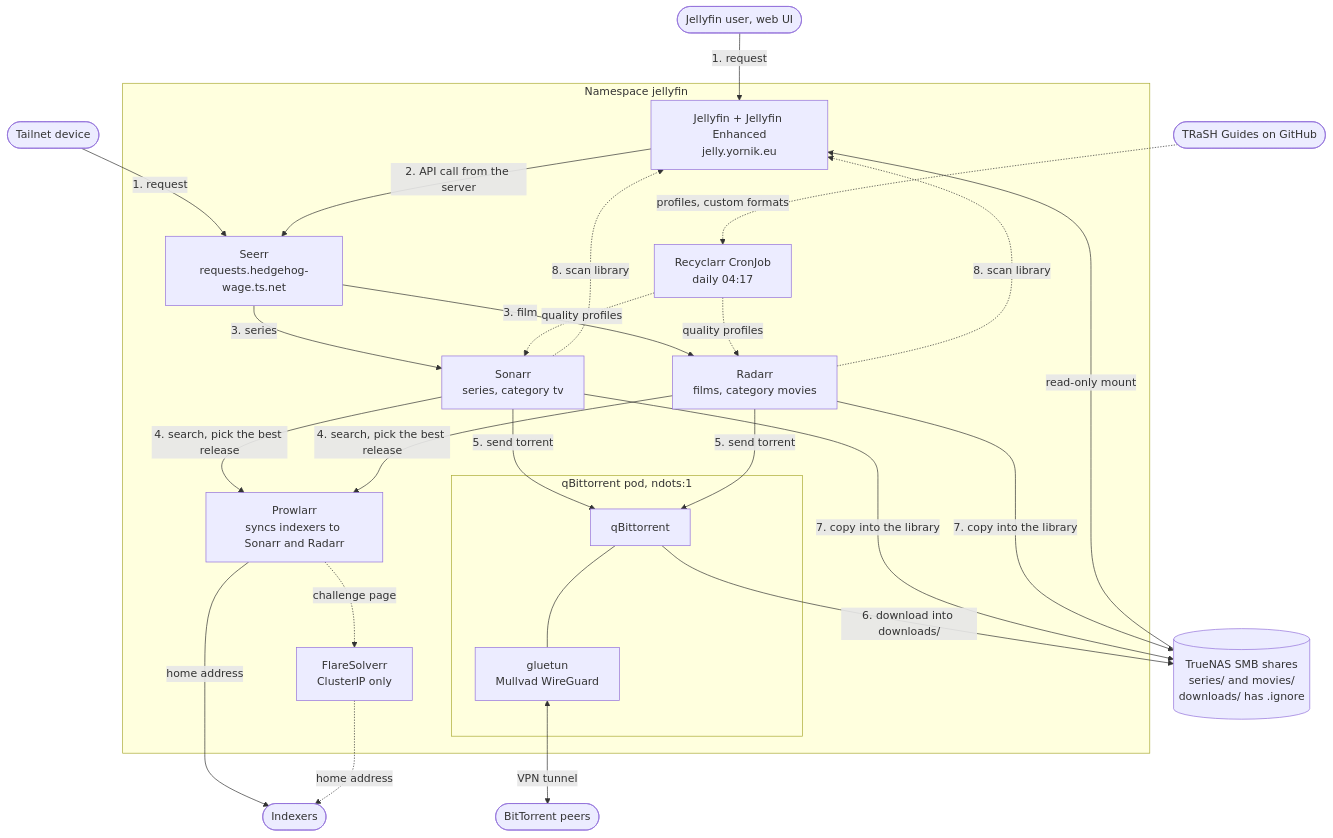
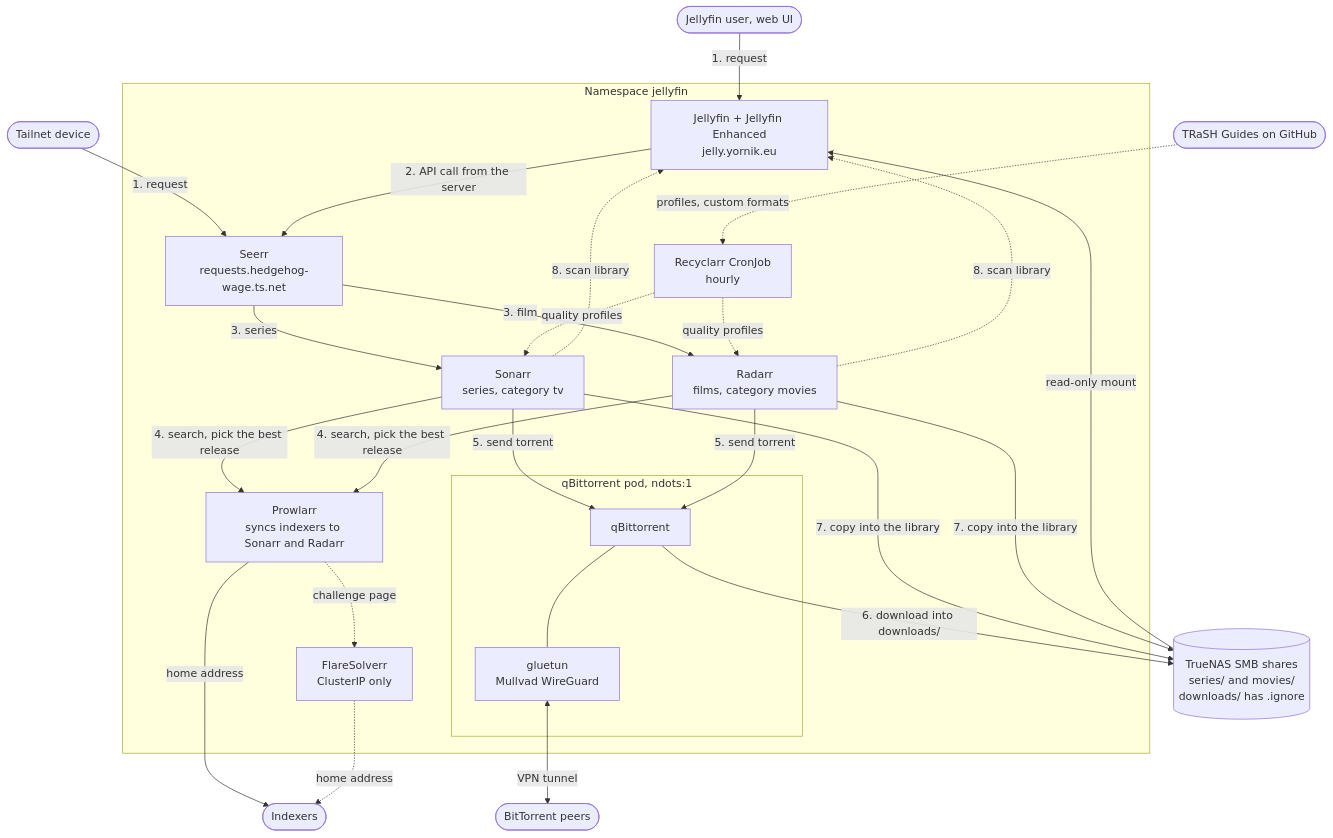
One commit to Yornik/sharkshere-gitops changed the second of 3 diagrams in docs/tech/README.md. Above: the diagram before and after it, drawn with Mermaid. The commit also changed other lines of this file and 2 other files, not shown here.

First line of the commit message:
feat(recyclarr): sync every hour instead of once a day

````diff
--- a/docs/tech/README.md
+++ b/docs/tech/README.md
@@ -85,40 +85,40 @@
 ```mermaid
 flowchart TB
   User([Jellyfin user, web UI])
   TailUser([Tailnet device])
 
   subgraph NS["Namespace jellyfin"]
     Jellyfin["Jellyfin + Jellyfin Enhanced<br/>jelly.yornik.eu"]
     Seerr["Seerr<br/>requests.hedgehog-wage.ts.net"]
     Sonarr["Sonarr<br/>series, category tv"]
     Radarr["Radarr<br/>films, category movies"]
     Prowlarr["Prowlarr<br/>syncs indexers to Sonarr and Radarr"]
     Flare["FlareSolverr<br/>ClusterIP only"]
-    Recyclarr["Recyclarr CronJob<br/>daily 04:17"]
+    Recyclarr["Recyclarr CronJob<br/>hourly"]
     subgraph QB["qBittorrent pod, ndots:1"]
       QBit["qBittorrent"] --- Gluetun["gluetun<br/>Mullvad WireGuard"]
     end
   end
 
   NAS[("TrueNAS SMB shares<br/>series/ and movies/<br/>downloads/ has .ignore")]
   Indexers([Indexers])
   Peers([BitTorrent peers])
   Trash([TRaSH Guides on GitHub])
 
   User -->|1. request| Jellyfin
   TailUser -->|1. request| Seerr
   Jellyfin -->|"2. API call from the server"| Seerr
   Seerr -->|3. series| Sonarr
   Seerr -->|3. film| Radarr
   Sonarr & Radarr -->|"4. search, pick the best release"| Prowlarr
   Prowlarr -->|"home address"| Indexers
   Prowlarr -.->|"challenge page"| Flare -.->|"home address"| Indexers
   Sonarr & Radarr -->|5. send torrent| QBit
   Gluetun <-->|"VPN tunnel"| Peers
   QBit -->|"6. download into downloads/"| NAS
   Sonarr & Radarr -->|"7. copy into the library"| NAS
   Sonarr & Radarr -.->|"8. scan library"| Jellyfin
   NAS -->|"read-only mount"| Jellyfin
   Trash -.->|"profiles, custom formats"| Recyclarr
   Recyclarr -.->|"quality profiles"| Sonarr & Radarr
 ```
````
